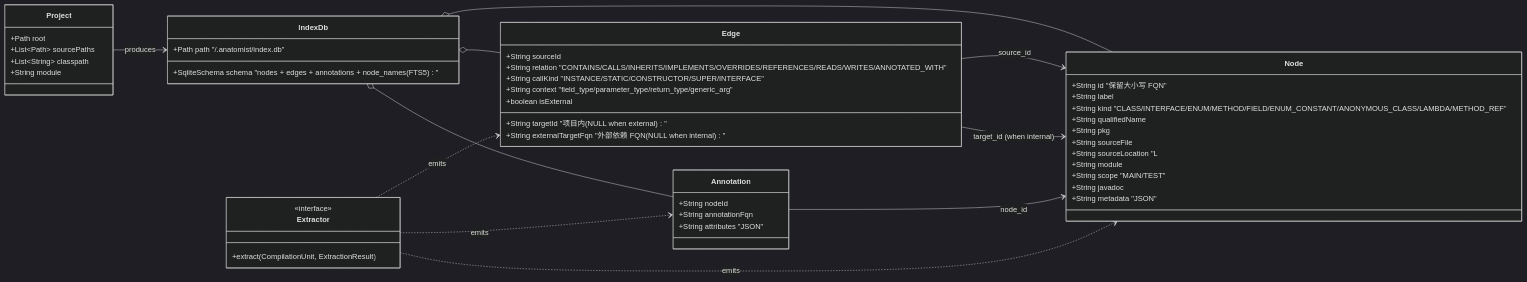
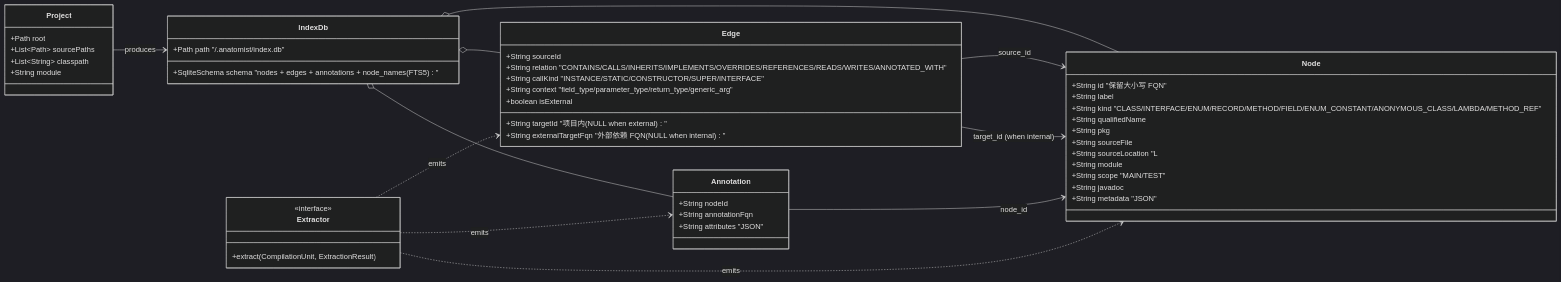
The first of 4 diagrams in .diorama/knowledge/facts/domain-model.md (stream-iori/anatomist), drawn with Mermaid (dark theme) before and after one commit. The commit also changed other lines of this file and 4 other files, not shown here.

````diff
--- a/.diorama/knowledge/facts/domain-model.md
+++ b/.diorama/knowledge/facts/domain-model.md
@@ -9,62 +9,62 @@
 ```mermaid
 classDiagram
     direction LR
 
     class Project {
       +Path root
       +List~Path~ sourcePaths
       +List~String~ classpath
       +String module
     }
 
     class Node {
       +String id "保留大小写 FQN"
       +String label
-      +String kind "CLASS/INTERFACE/ENUM/METHOD/FIELD/ENUM_CONSTANT/ANONYMOUS_CLASS/LAMBDA/METHOD_REF"
+      +String kind "CLASS/INTERFACE/ENUM/RECORD/METHOD/FIELD/ENUM_CONSTANT/ANONYMOUS_CLASS/LAMBDA/METHOD_REF"
       +String qualifiedName
       +String pkg
       +String sourceFile
       +String sourceLocation "L<line>"
       +String module
       +String scope "MAIN/TEST"
       +String javadoc
       +String metadata "JSON"
     }
 
     class Edge {
       +String sourceId
       +String targetId "项目内 (NULL when external)"
       +String externalTargetFqn "外部依赖 FQN (NULL when internal)"
       +String relation "CONTAINS/CALLS/INHERITS/IMPLEMENTS/OVERRIDES/REFERENCES/READS/WRITES/ANNOTATED_WITH"
       +String callKind "INSTANCE/STATIC/CONSTRUCTOR/SUPER/INTERFACE"
       +String context "field_type/parameter_type/return_type/generic_arg"
       +boolean isExternal
     }
 
     class Annotation {
       +String nodeId
       +String annotationFqn
       +String attributes "JSON"
     }
 
     class IndexDb {
       +Path path "<project>/.anatomist/index.db"
       +SqliteSchema schema "nodes + edges + annotations + node_names(FTS5)"
     }
 
     class Extractor {
       <<interface>>
       +extract(CompilationUnit, ExtractionResult)
     }
 
     Project --> IndexDb : produces
     IndexDb o-- Node
     IndexDb o-- Edge
     IndexDb o-- Annotation
     Edge --> Node : source_id
     Edge --> Node : target_id (when internal)
     Annotation --> Node : node_id
     Extractor ..> Node : emits
     Extractor ..> Edge : emits
     Extractor ..> Annotation : emits
 ```
````
